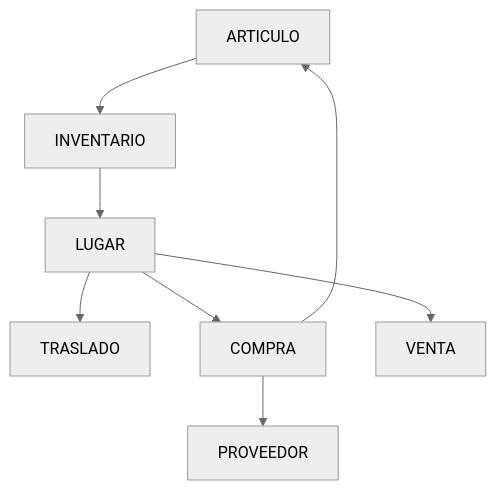
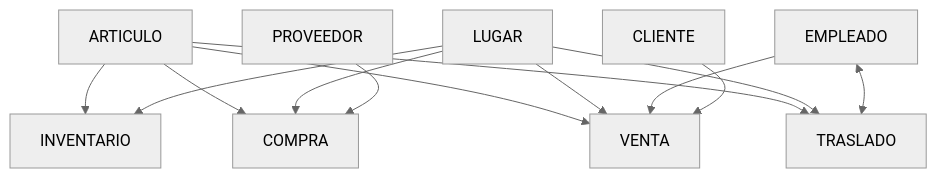
The diagram in README.md (Rarity03/docs), drawn with Mermaid (neutral theme) before and after one commit.

Commit message:
primer diagrama

````diff
--- a/README.md
+++ b/README.md
@@ -30,10 +30,15 @@
 ```mermaid
-graph TD;
+flowchart TD
     ARTICULO-->INVENTARIO;
-    INVENTARIO-->LUGAR;
+    ARTICULO-->COMPRA;
+    ARTICULO-->VENTA;
+    ARTICULO-->TRASLADO;
+    LUGAR-->INVENTARIO;
     LUGAR-->TRASLADO;
     LUGAR-->COMPRA;
     LUGAR-->VENTA;
-    COMPRA-->PROVEEDOR
-    COMPRA-->ARTICULO
+    PROVEEDOR-->COMPRA;
+    EMPLEADO-->VENTA;
+    EMPLEADO<-->TRASLADO
+    CLIENTE-->VENTA;
 ```
````
